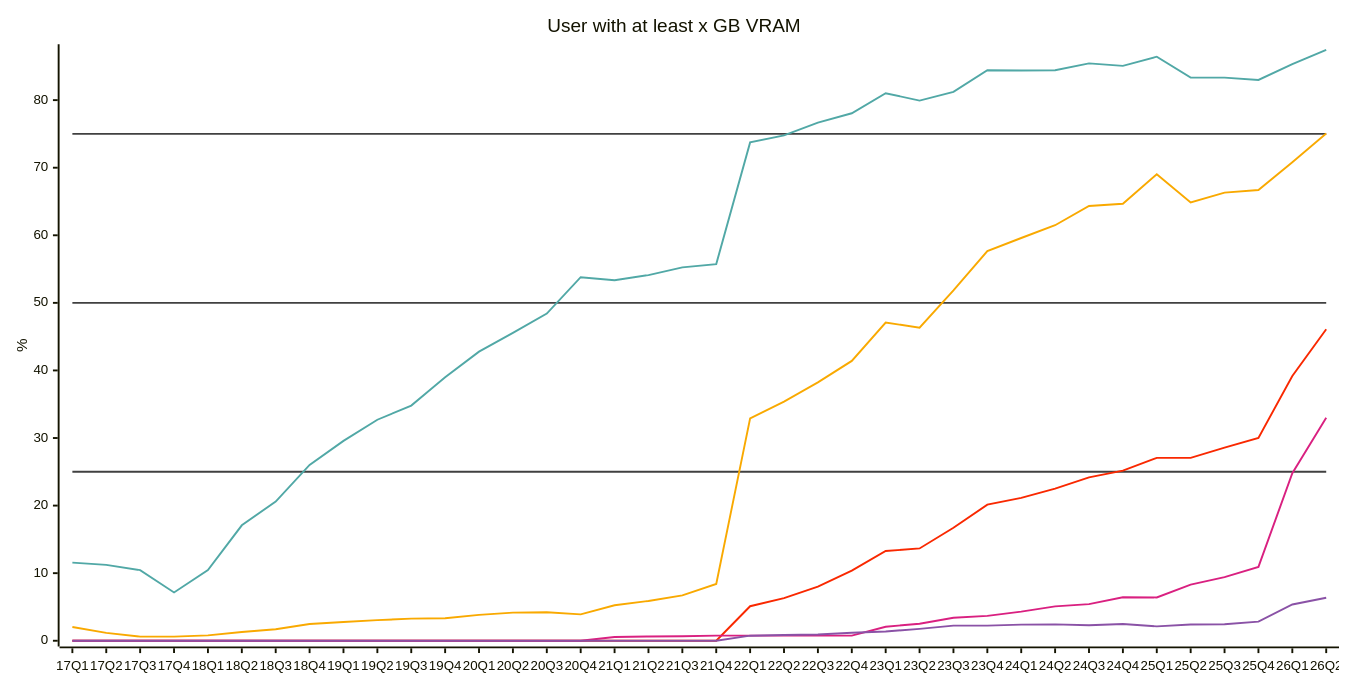
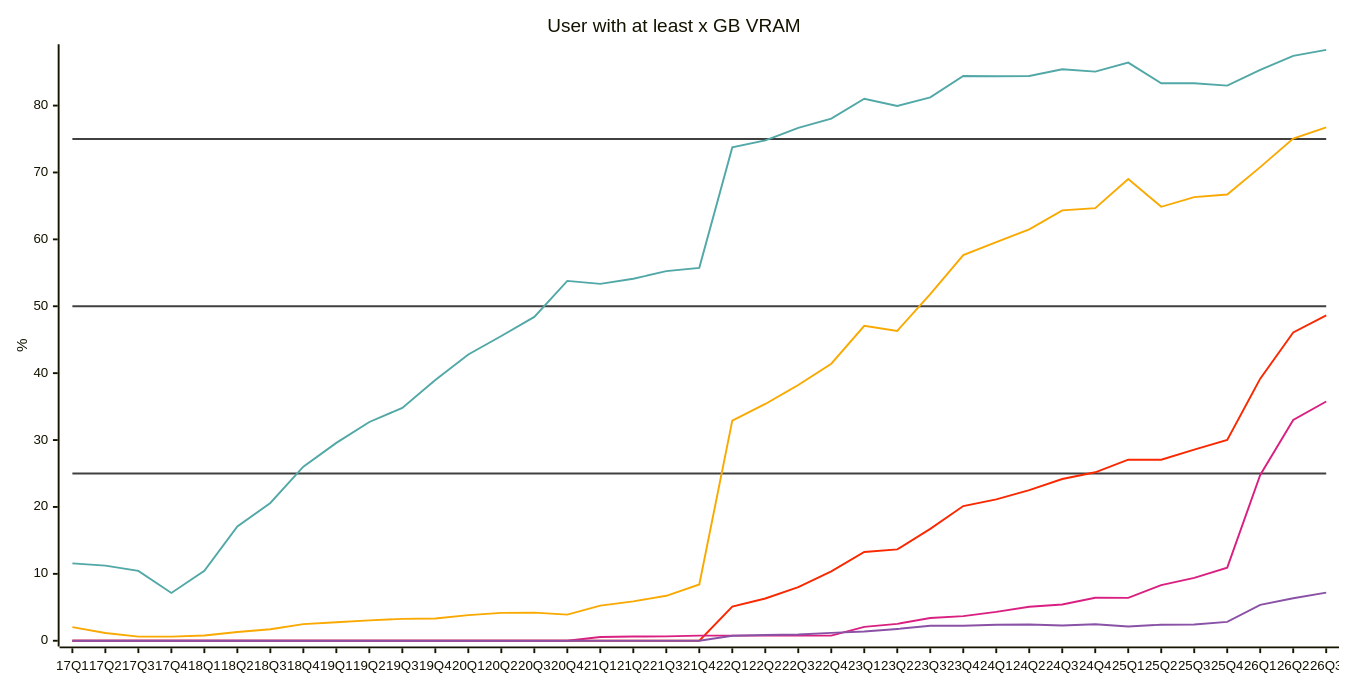
One commit to jdegene/steamHWsurvey changed diagram 12 of 31 in README.md. Above: the diagram before and after it, drawn with Mermaid. The commit also changed other lines of this file and 2 other files, not shown here.

````diff
--- a/README.md
+++ b/README.md
@@ -410,26 +410,26 @@
 ```mermaid
 ---
 config:
     xyChart:
         width: 1400
         height: 700
         
     themeVariables:
         xyChart:
             plotColorPalette: "#404040,#404040,#404040,#51a8a6,#f9a900,#f92800,#d92080,#8a52a6"
 
 --- 
 
 xychart-beta
     title "User with at least x GB VRAM"
-    x-axis [17Q1, 17Q2, 17Q3, 17Q4, 18Q1, 18Q2, 18Q3, 18Q4, 19Q1, 19Q2, 19Q3, 19Q4, 20Q1, 20Q2, 20Q3, 20Q4, 21Q1, 21Q2, 21Q3, 21Q4, 22Q1, 22Q2, 22Q3, 22Q4, 23Q1, 23Q2, 23Q3, 23Q4, 24Q1, 24Q2, 24Q3, 24Q4, 25Q1, 25Q2, 25Q3, 25Q4, 26Q1, 26Q2]
+    x-axis [17Q1, 17Q2, 17Q3, 17Q4, 18Q1, 18Q2, 18Q3, 18Q4, 19Q1, 19Q2, 19Q3, 19Q4, 20Q1, 20Q2, 20Q3, 20Q4, 21Q1, 21Q2, 21Q3, 21Q4, 22Q1, 22Q2, 22Q3, 22Q4, 23Q1, 23Q2, 23Q3, 23Q4, 24Q1, 24Q2, 24Q3, 24Q4, 25Q1, 25Q2, 25Q3, 25Q4, 26Q1, 26Q2, 26Q3]
     y-axis "%" 
- line [25, 25, 25, 25, 25, 25, 25, 25, 25, 25, 25, 25, 25, 25, 25, 25, 25, 25, 25, 25, 25, 25, 25, 25, 25, 25, 25, 25, 25, 25, 25, 25, 25, 25, 25, 25, 25, 25]
- line [50, 50, 50, 50, 50, 50, 50, 50, 50, 50, 50, 50, 50, 50, 50, 50, 50, 50, 50, 50, 50, 50, 50, 50, 50, 50, 50, 50, 50, 50, 50, 50, 50, 50, 50, 50, 50, 50]
- line [75, 75, 75, 75, 75, 75, 75, 75, 75, 75, 75, 75, 75, 75, 75, 75, 75, 75, 75, 75, 75, 75, 75, 75, 75, 75, 75, 75, 75, 75, 75, 75, 75, 75, 75, 75, 75, 75]
-    line [11.559999999999999, 11.223333333333334, 10.45, 7.1466666666666665, 10.453333333333333, 17.083333333333332, 20.599999999999998, 26.023333333333333, 29.580000000000002, 32.70333333333333, 34.803333333333335, 38.989999999999995, 42.78333333333333, 45.556666666666665, 48.413333333333334, 53.79666666666667, 53.35333333333333, 54.11, 55.246666666666655, 55.74, 73.74333333333333, 74.78666666666668, 76.66, 78.05666666666667, 81.02333333333333, 79.93333333333334, 81.23, 84.42333333333335, 84.37666666666667, 84.42999999999999, 85.43333333333334, 85.07000000000001, 86.42666666666666, 83.33, 83.33333333333334, 82.98666666666666, 85.32166666666666, 87.44]
-    line [2.0366666666666666, 1.16, 0.61, 0.61, 0.79, 1.3033333333333335, 1.71, 2.48, 2.77, 3.046666666666667, 3.2766666666666664, 3.3266666666666667, 3.836666666666667, 4.16, 4.206666666666667, 3.9099999999999997, 5.256666666666667, 5.89, 6.72, 8.406666666666666, 32.903333333333336, 35.39666666666667, 38.22666666666667, 41.41, 47.08666666666666, 46.32000000000001, 51.83, 57.64999999999999, 59.596666666666664, 61.483333333333334, 64.34333333333333, 64.66333333333333, 69.03333333333333, 64.86666666666667, 66.31666666666666, 66.69666666666666, 70.79666666666665, 75.06666666666666]
-    line [0, 0, 0, 0, 0, 0, 0, 0, 0, 0, 0, 0, 0, 0, 0, 0, 0, 0, 0, 0, 5.11, 6.3133333333333335, 8.006666666666668, 10.366666666666667, 13.273333333333333, 13.66, 16.726666666666667, 20.14, 21.14, 22.516666666666666, 24.173333333333336, 25.183333333333337, 27.063333333333333, 27.060000000000002, 28.573333333333334, 30.020000000000003, 39.17666666666664, 46.08666666666666]
-    line [0, 0, 0, 0, 0, 0, 0, 0, 0, 0, 0, 0, 0, 0, 0, 0, 0.5549999999999999, 0.6333333333333333, 0.6599999999999999, 0.76, 0.76, 0.76, 0.76, 0.76, 2.07, 2.5233333333333334, 3.4066666666666667, 3.6799999999999997, 4.3133333333333335, 5.079999999999999, 5.413333333333333, 6.43, 6.41, 8.316666666666666, 9.403333333333334, 10.93, 24.791666666666647, 33.01]
-    line [0, 0, 0, 0, 0, 0, 0, 0, 0, 0, 0, 0, 0, 0, 0, 0, 0, 0, 0, 0, 0.75, 0.8500000000000001, 0.9266666666666666, 1.1833333333333333, 1.3733333333333333, 1.76, 2.243333333333333, 2.2333333333333334, 2.3833333333333333, 2.4266666666666667, 2.29, 2.476666666666667, 2.13, 2.396666666666667, 2.4366666666666665, 2.8266666666666667, 5.369999999999997, 6.356666666666663]
+ line [25, 25, 25, 25, 25, 25, 25, 25, 25, 25, 25, 25, 25, 25, 25, 25, 25, 25, 25, 25, 25, 25, 25, 25, 25, 25, 25, 25, 25, 25, 25, 25, 25, 25, 25, 25, 25, 25, 25]
+ line [50, 50, 50, 50, 50, 50, 50, 50, 50, 50, 50, 50, 50, 50, 50, 50, 50, 50, 50, 50, 50, 50, 50, 50, 50, 50, 50, 50, 50, 50, 50, 50, 50, 50, 50, 50, 50, 50, 50]
+ line [75, 75, 75, 75, 75, 75, 75, 75, 75, 75, 75, 75, 75, 75, 75, 75, 75, 75, 75, 75, 75, 75, 75, 75, 75, 75, 75, 75, 75, 75, 75, 75, 75, 75, 75, 75, 75, 75, 75]
+    line [11.559999999999999, 11.223333333333334, 10.45, 7.1466666666666665, 10.453333333333333, 17.083333333333332, 20.599999999999998, 26.023333333333333, 29.580000000000002, 32.70333333333333, 34.803333333333335, 38.989999999999995, 42.78333333333333, 45.556666666666665, 48.413333333333334, 53.79666666666667, 53.35333333333333, 54.11, 55.246666666666655, 55.74, 73.74333333333333, 74.78666666666668, 76.66, 78.05666666666667, 81.02333333333333, 79.93333333333334, 81.23, 84.42333333333335, 84.37666666666667, 84.42999999999999, 85.43333333333334, 85.07000000000001, 86.42666666666666, 83.33, 83.33333333333334, 82.98666666666666, 85.32166666666666, 87.44, 88.32999999999997]
+    line [2.0366666666666666, 1.16, 0.61, 0.61, 0.79, 1.3033333333333335, 1.71, 2.48, 2.77, 3.046666666666667, 3.2766666666666664, 3.3266666666666667, 3.836666666666667, 4.16, 4.206666666666667, 3.9099999999999997, 5.256666666666667, 5.89, 6.72, 8.406666666666666, 32.903333333333336, 35.39666666666667, 38.22666666666667, 41.41, 47.08666666666666, 46.32000000000001, 51.83, 57.64999999999999, 59.596666666666664, 61.483333333333334, 64.34333333333333, 64.66333333333333, 69.03333333333333, 64.86666666666667, 66.31666666666666, 66.69666666666666, 70.79666666666665, 75.06666666666666, 76.73999999999998]
+    line [0, 0, 0, 0, 0, 0, 0, 0, 0, 0, 0, 0, 0, 0, 0, 0, 0, 0, 0, 0, 5.11, 6.3133333333333335, 8.006666666666668, 10.366666666666667, 13.273333333333333, 13.66, 16.726666666666667, 20.14, 21.14, 22.516666666666666, 24.173333333333336, 25.183333333333337, 27.063333333333333, 27.060000000000002, 28.573333333333334, 30.020000000000003, 39.17666666666664, 46.08666666666666, 48.649999999999984]
+    line [0, 0, 0, 0, 0, 0, 0, 0, 0, 0, 0, 0, 0, 0, 0, 0, 0.5549999999999999, 0.6333333333333333, 0.6599999999999999, 0.76, 0.76, 0.76, 0.76, 0.76, 2.07, 2.5233333333333334, 3.4066666666666667, 3.6799999999999997, 4.3133333333333335, 5.079999999999999, 5.413333333333333, 6.43, 6.41, 8.316666666666666, 9.403333333333334, 10.93, 24.791666666666647, 33.01, 35.76999999999998]
+    line [0, 0, 0, 0, 0, 0, 0, 0, 0, 0, 0, 0, 0, 0, 0, 0, 0, 0, 0, 0, 0.75, 0.8500000000000001, 0.9266666666666666, 1.1833333333333333, 1.3733333333333333, 1.76, 2.243333333333333, 2.2333333333333334, 2.3833333333333333, 2.4266666666666667, 2.29, 2.476666666666667, 2.13, 2.396666666666667, 2.4366666666666665, 2.8266666666666667, 5.369999999999997, 6.356666666666663, 7.1999999999999895]
 ``` 
````
